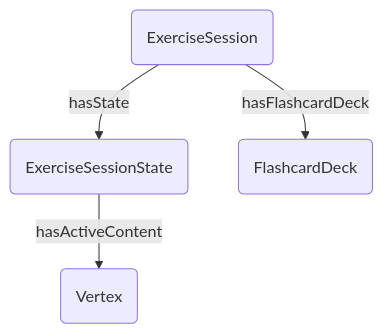
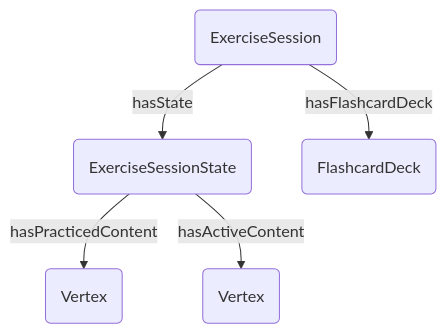
Before and after one commit to Explik/diybirdyapp: diagram 21 of 21 in docs/graph-representation.md, drawn with Mermaid. The commit also changed 7 other files, not shown here.

Commit message:
Updating how all content, new content and lightly-practiced content is identified

````diff
--- a/docs/graph-representation.md
+++ b/docs/graph-representation.md
@@ -348,11 +348,13 @@
 ```mermaid
 graph TB
 ExerciseSession(ExerciseSession)
 ExerciseSessionState(ExerciseSessionState)
 FlashcardDeck(FlashcardDeck)
+PracticedContent(<any> Vertex)
 ActiveContent(<any> Vertex)
 
 ExerciseSession--hasState-->ExerciseSessionState
 ExerciseSession--hasFlashcardDeck-->FlashcardDeck
+ExerciseSessionState--hasPracticedContent-->PracticedContent
 ExerciseSessionState--hasActiveContent-->ActiveContent
 ```
````
